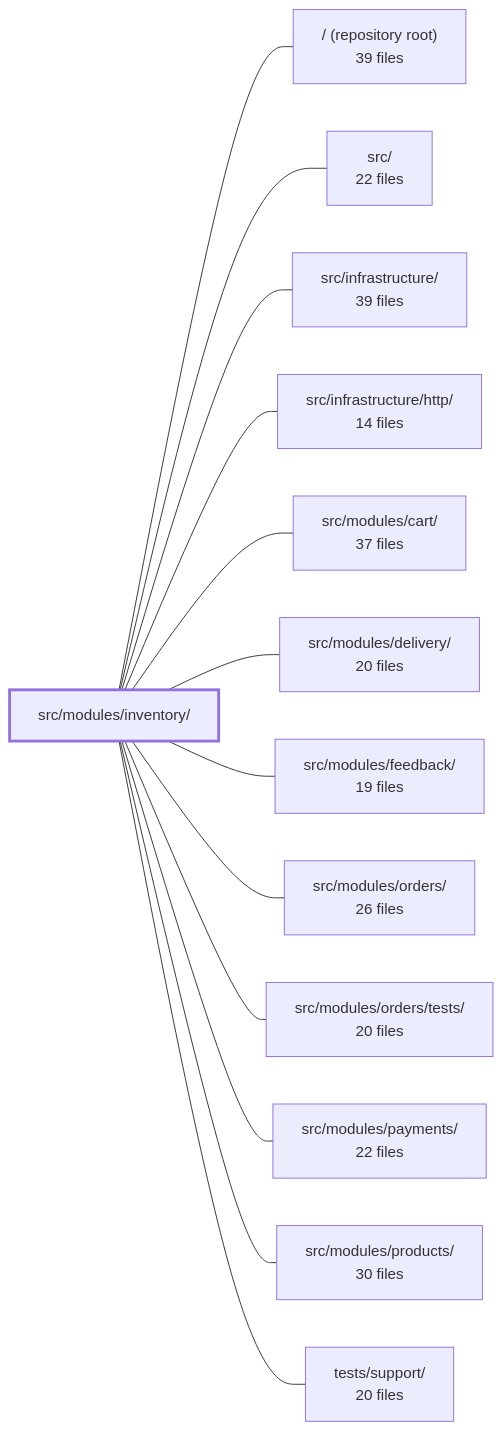
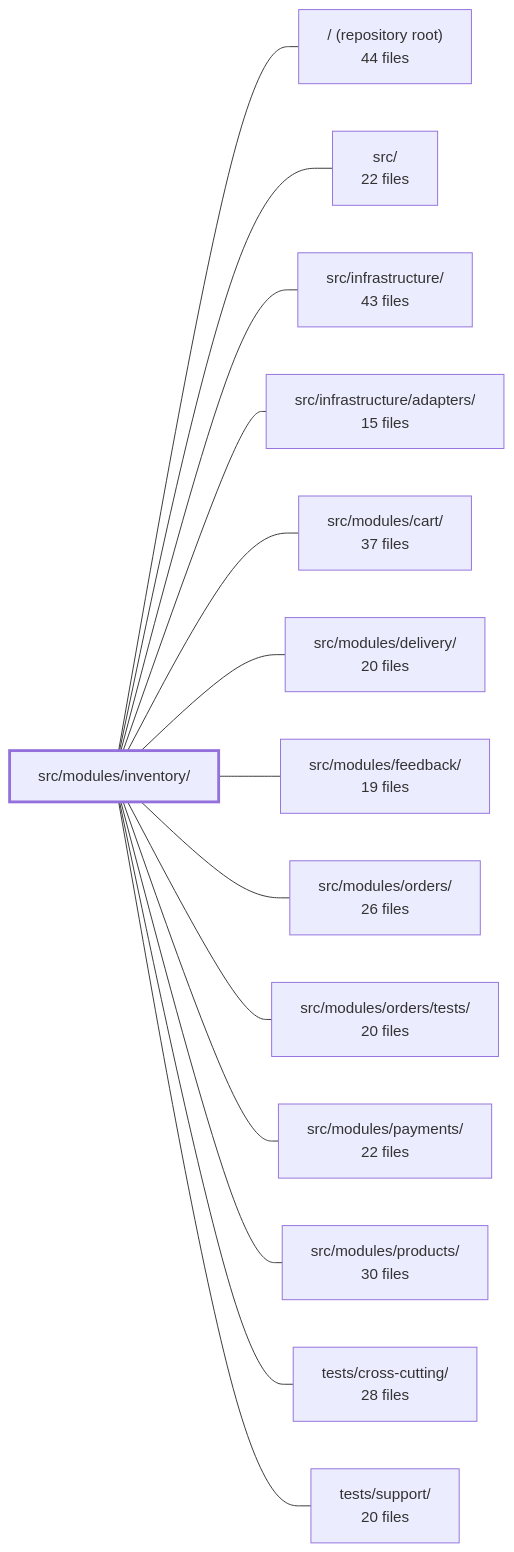
The diagram in .2repo/modules/boilerplate-node-backend_src_modules_inventory.md (Guebbit/boilerplate-node-backend), drawn with Mermaid before and after one commit. The commit also changed other lines of this file and 625 other files, not shown here.

````diff
--- a/.2repo/modules/boilerplate-node-backend_src_modules_inventory.md
+++ b/.2repo/modules/boilerplate-node-backend_src_modules_inventory.md
@@ -42,29 +41,31 @@
 ```mermaid
 flowchart LR
     m_src_modules_inventory["src/modules/inventory/"]
-    m_root["/ (repository root)<br/>39 files"]
+    m_root["/ (repository root)<br/>44 files"]
     m_src["src/<br/>22 files"]
-    m_src_infrastructure["src/infrastructure/<br/>39 files"]
-    m_src_infrastructure_http["src/infrastructure/http/<br/>14 files"]
+    m_src_infrastructure["src/infrastructure/<br/>43 files"]
+    m_src_infrastructure_adapters["src/infrastructure/adapters/<br/>15 files"]
     m_src_modules_cart["src/modules/cart/<br/>37 files"]
     m_src_modules_delivery["src/modules/delivery/<br/>20 files"]
     m_src_modules_feedback["src/modules/feedback/<br/>19 files"]
     m_src_modules_orders["src/modules/orders/<br/>26 files"]
     m_src_modules_orders_tests["src/modules/orders/tests/<br/>20 files"]
     m_src_modules_payments["src/modules/payments/<br/>22 files"]
     m_src_modules_products["src/modules/products/<br/>30 files"]
+    m_tests_cross_cutting["tests/cross-cutting/<br/>28 files"]
     m_tests_support["tests/support/<br/>20 files"]
     m_src_modules_inventory --- m_root
     m_src_modules_inventory --- m_src
     m_src_modules_inventory --- m_src_infrastructure
-    m_src_modules_inventory --- m_src_infrastructure_http
+    m_src_modules_inventory --- m_src_infrastructure_adapters
     m_src_modules_inventory --- m_src_modules_cart
     m_src_modules_inventory --- m_src_modules_delivery
     m_src_modules_inventory --- m_src_modules_feedback
     m_src_modules_inventory --- m_src_modules_orders
     m_src_modules_inventory --- m_src_modules_orders_tests
     m_src_modules_inventory --- m_src_modules_payments
     m_src_modules_inventory --- m_src_modules_products
+    m_src_modules_inventory --- m_tests_cross_cutting
     m_src_modules_inventory --- m_tests_support
     style m_src_modules_inventory stroke-width:3px
 ```
````
